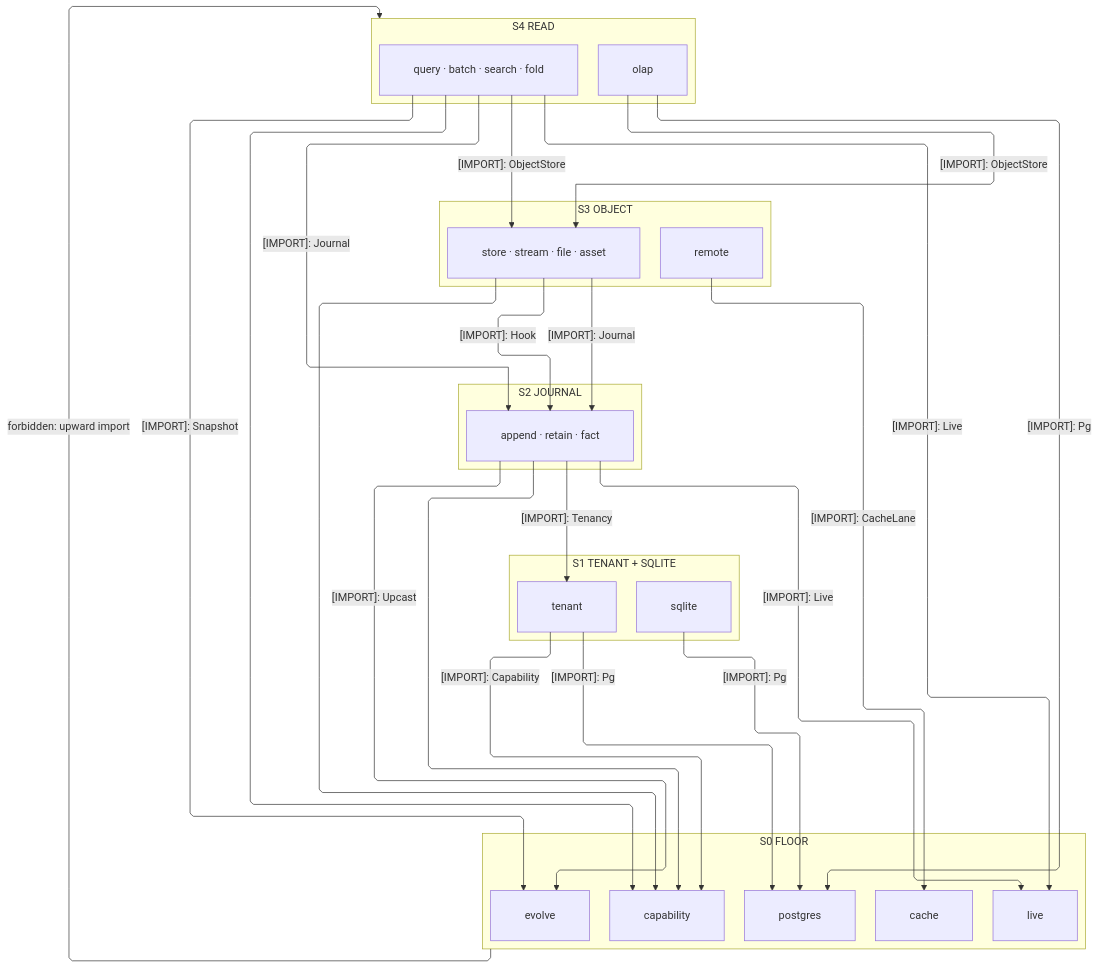
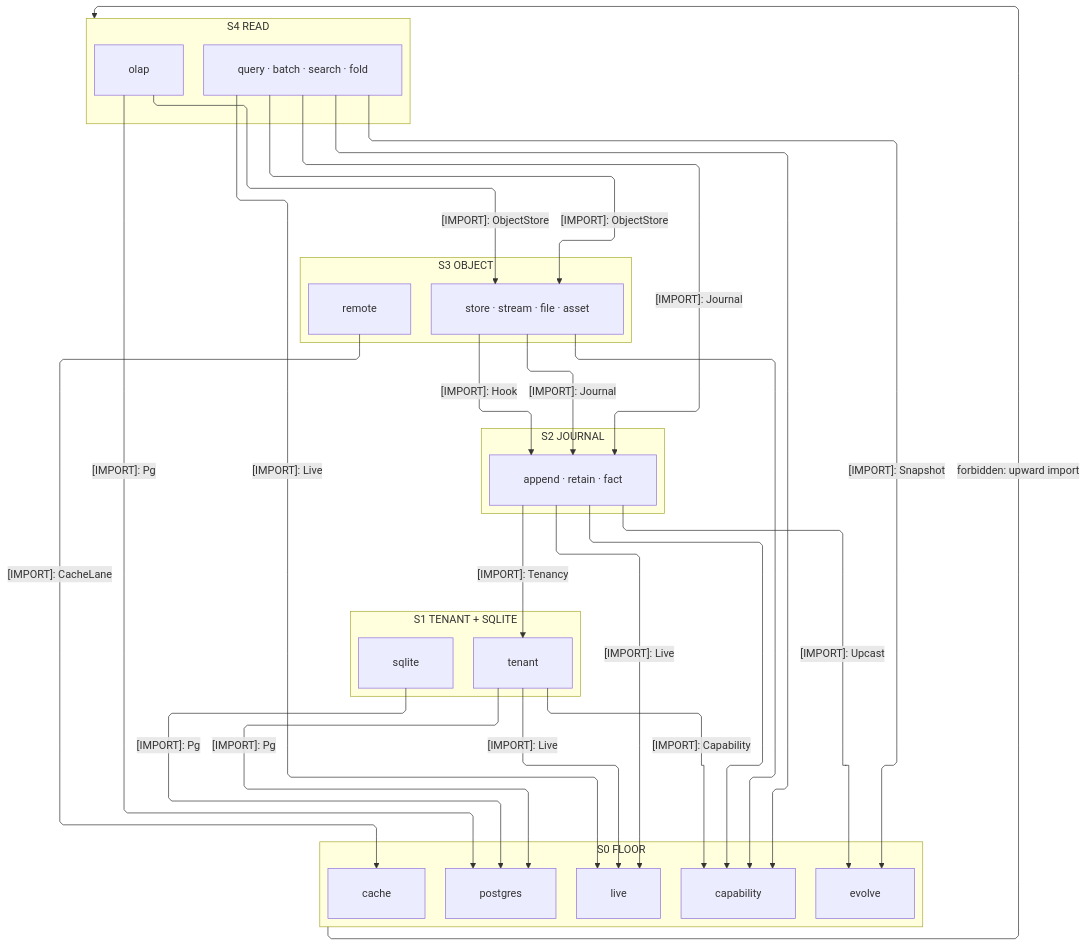
The first of 3 diagrams in libs/typescript/data/ARCHITECTURE.md (bsamiee/Rasm), drawn with Mermaid before and after one commit. The commit also changed other lines of this file and 400 other files, not shown here.

````diff
--- a/libs/typescript/data/ARCHITECTURE.md
+++ b/libs/typescript/data/ARCHITECTURE.md
@@ -46,53 +46,54 @@
 ```mermaid
 ---
 config:
   layout: elk
   flowchart:
     curve: linear
     padding: 25
 ---
 flowchart TB
     accTitle: Data interior import strata
     accDescr: Five interior strata onto the mint floor; imports downward, remote alone reaching the cache lane, olap and sqlite reading the Pg band.
     subgraph S4["S4 READ"]
         Olap[olap]
         Read["query · batch · search · fold"]
     end
     subgraph S3["S3 OBJECT"]
         Object["store · stream · file · asset"]
         Remote[remote]
     end
     subgraph S2["S2 JOURNAL"]
         Journal["append · retain · fact"]
     end
     subgraph S1["S1 TENANT + SQLITE"]
         Tenant[tenant]
         Sqlite[sqlite]
     end
     subgraph S0["S0 FLOOR"]
         Postgres[postgres]
         Capability[capability]
         Evolve[evolve]
         Live[live]
         Cache[cache]
     end
     Tenant e1@-->|"[IMPORT]: Capability"| Capability
     Tenant e2@-->|"[IMPORT]: Pg"| Postgres
+    Tenant e19@-->|"[IMPORT]: Live"| Live
     Journal e3@-->|"[IMPORT]: Tenancy"| Tenant
     Journal e4@-->|"[IMPORT]: Upcast"| Evolve
     Journal e5@-->|"[IMPORT]: Live"| Live
     Journal e6@--> Capability
     Object e7@-->|"[IMPORT]: Journal"| Journal
     Remote e8@-->|"[IMPORT]: CacheLane"| Cache
     Object e9@--> Capability
     Read e10@-->|"[IMPORT]: ObjectStore"| Object
     Read e11@-->|"[IMPORT]: Journal"| Journal
     Read e12@-->|"[IMPORT]: Live"| Live
     Read e13@--> Capability
     Read e14@-->|"[IMPORT]: Snapshot"| Evolve
     Olap e15@-->|"[IMPORT]: ObjectStore"| Object
     Olap e17@-->|"[IMPORT]: Pg"| Postgres
     Sqlite e16@-->|"[IMPORT]: Pg"| Postgres
     Object e18@-->|"[IMPORT]: Hook"| Journal
     S0 f1@-->|"forbidden: upward import"| S4
 ```
````
